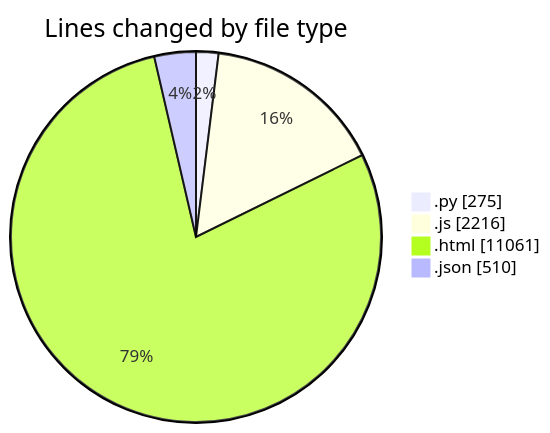
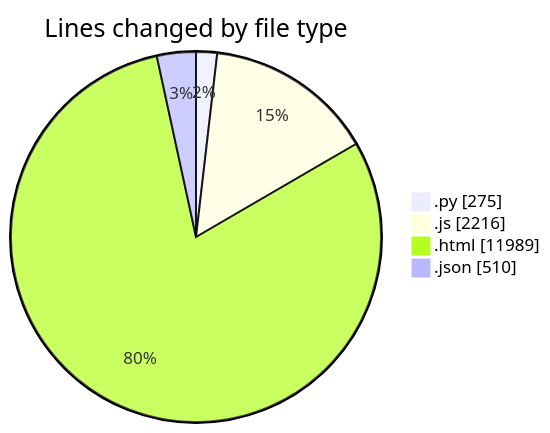
The first of 2 diagrams in 2026-07-09/twenty_versions_aminor/README.md (shibass792/code-tracking), drawn with Mermaid before and after one commit. The commit also changed other lines of this file and 1 other file, not shown here.

````diff
--- a/2026-07-09/twenty_versions_aminor/README.md
+++ b/2026-07-09/twenty_versions_aminor/README.md
@@ -39,8 +40,8 @@
 ```mermaid
 pie showData
 title Lines changed by file type
 ".py" : 275
 ".js" : 2216
-".html" : 11061
+".html" : 11989
 ".json" : 510
 ```
````
